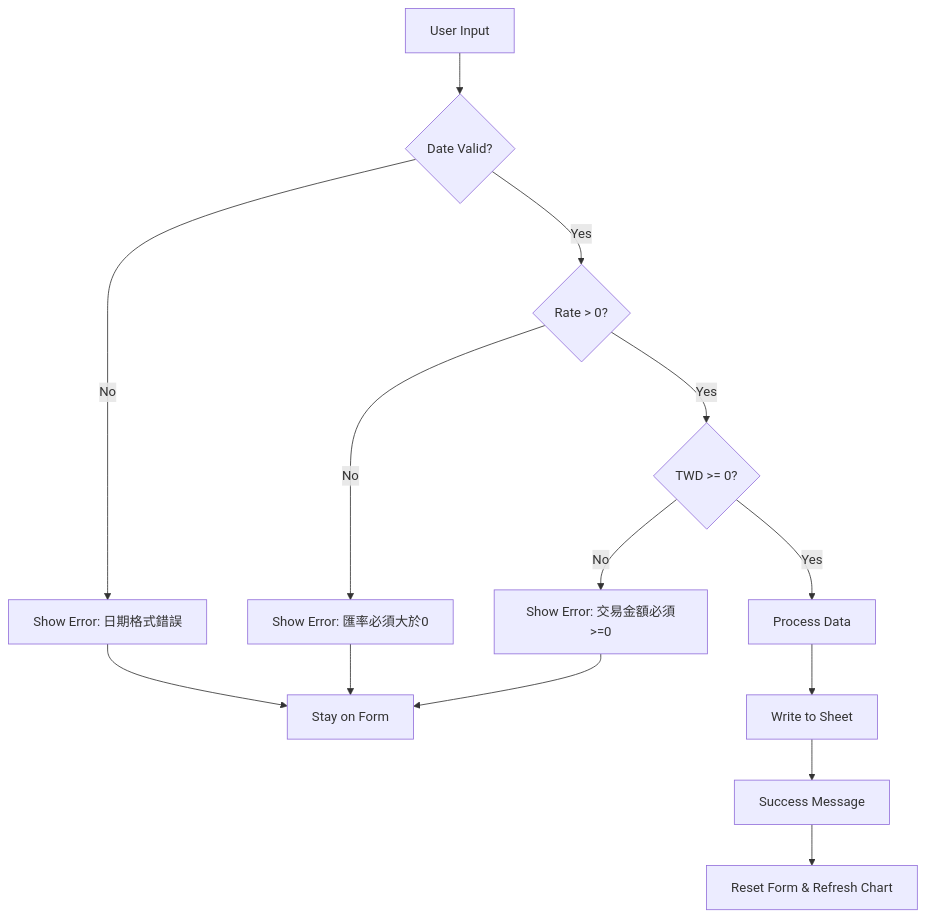
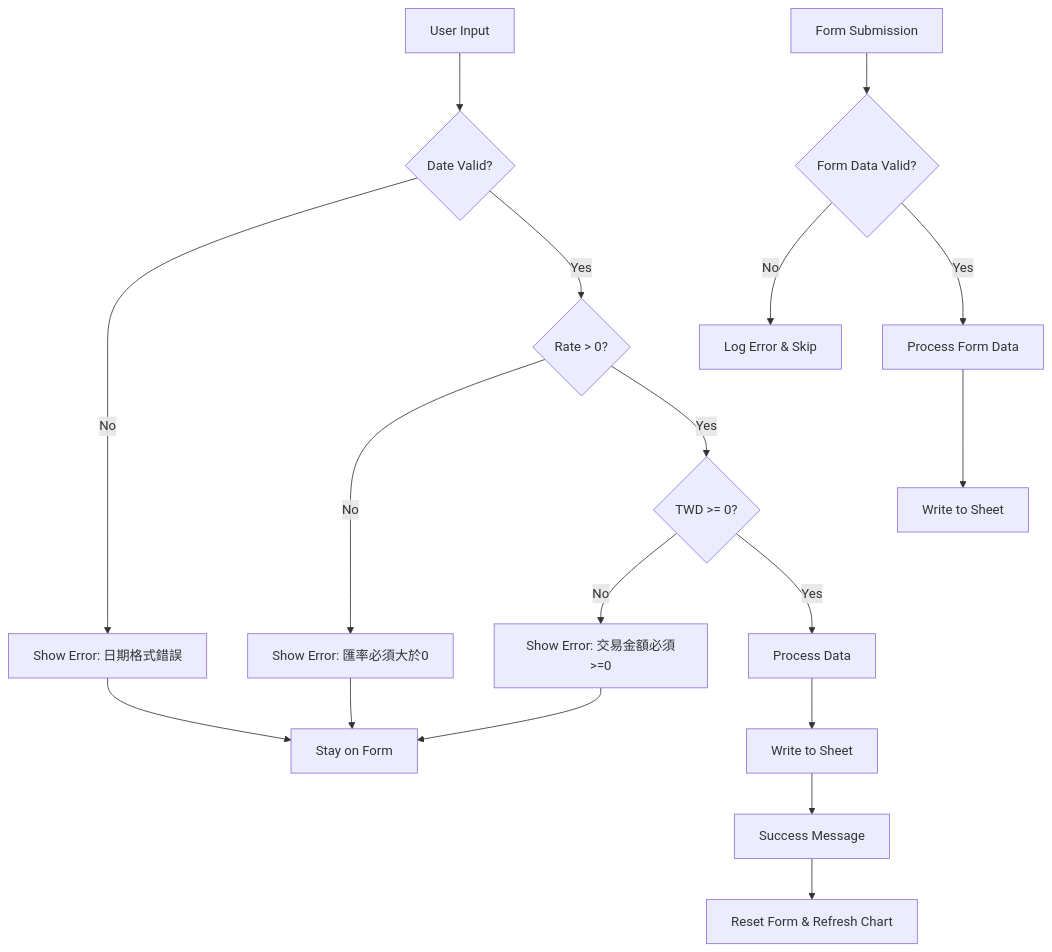
The third of 3 diagrams in README.md (DanielHo-BS/ExchangeRateDashboard), drawn with Mermaid before and after one commit. The commit also changed other lines of this file and 2 other files, not shown here.

First line of the commit message:
Add Google Form integration and summary statistics functionality

````diff
--- a/README.md
+++ b/README.md
@@ -150,17 +189,22 @@
 ```mermaid
 flowchart TD
     A[User Input] --> B{Date Valid?}
     B -->|No| C[Show Error: 日期格式錯誤]
     B -->|Yes| D{Rate > 0?}
     D -->|No| E[Show Error: 匯率必須大於0]
     D -->|Yes| F{TWD >= 0?}
     F -->|No| G[Show Error: 交易金額必須>=0]
     F -->|Yes| H[Process Data]
     H --> I[Write to Sheet]
     I --> J[Success Message]
     
     C --> K[Stay on Form]
     E --> K
     G --> K
     J --> L[Reset Form & Refresh Chart]
+    
+    M[Form Submission] --> N{Form Data Valid?}
+    N -->|No| O[Log Error & Skip]
+    N -->|Yes| P[Process Form Data]
+    P --> Q[Write to Sheet]
 ```
````
